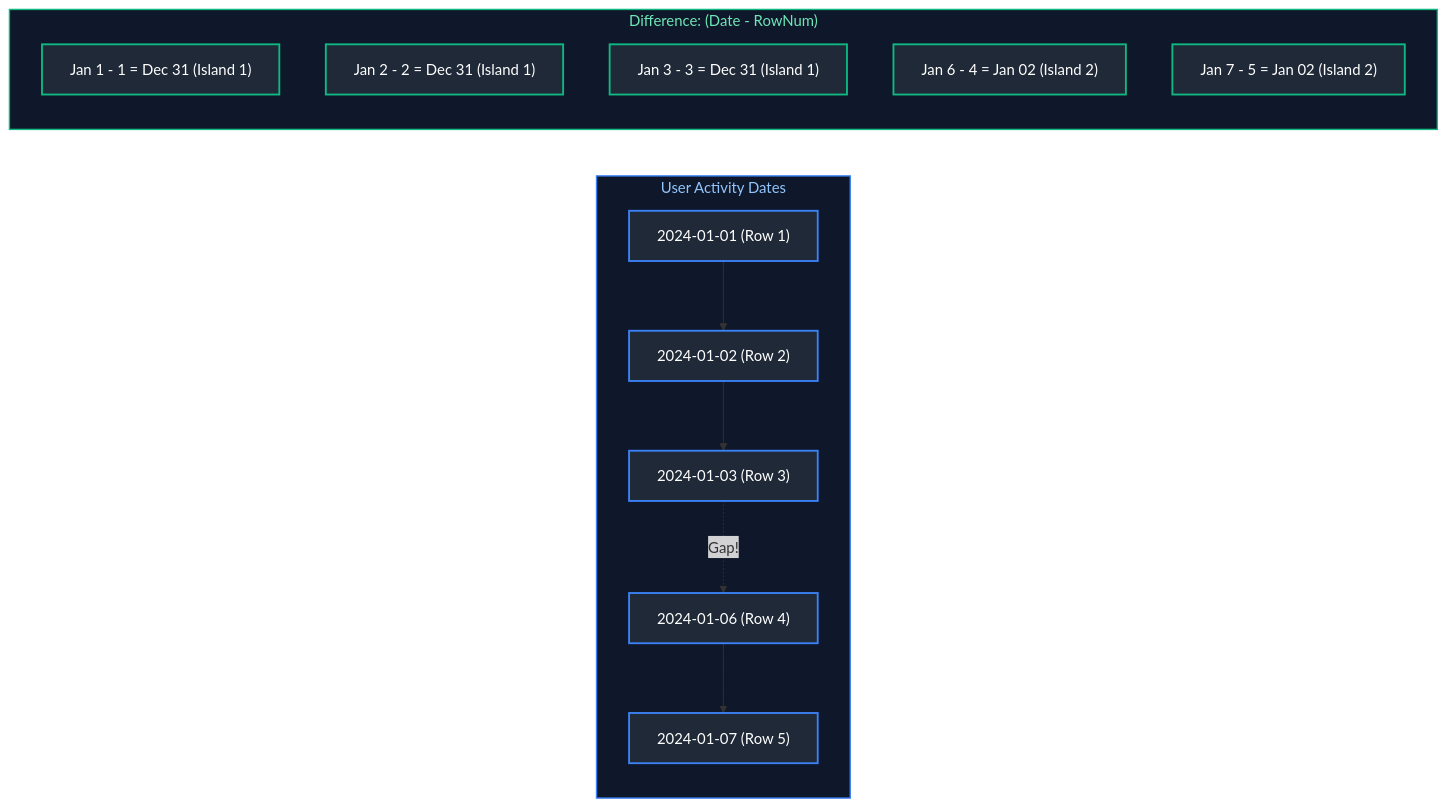
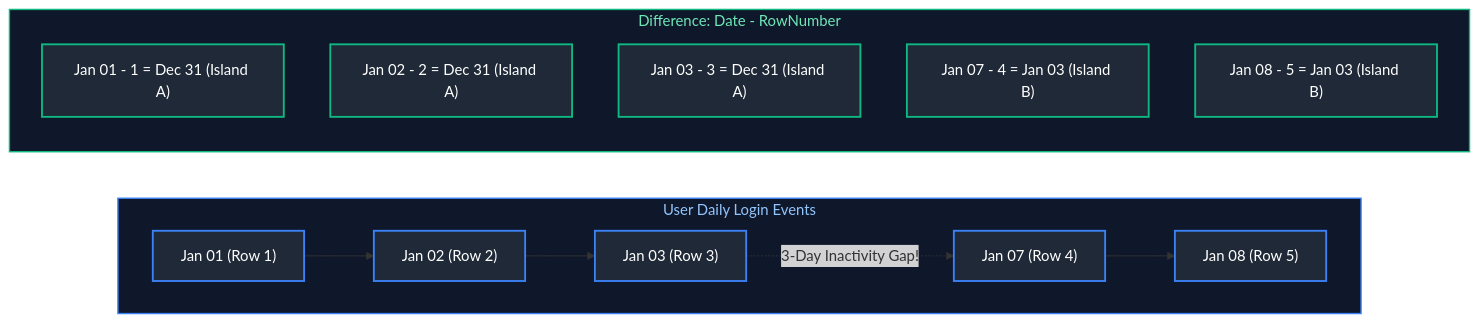
Diagram 11 of 12 in Data Engineering/02_advanced_sql.md (joydeep-biswas/Interview-Preparation), drawn with Mermaid before and after one commit. The commit also changed other lines of this file and 143 other files, not shown here.

````diff
--- a/Data Engineering/02_advanced_sql.md
+++ b/Data Engineering/02_advanced_sql.md
@@ -784,30 +928,30 @@
 ```mermaid
 flowchart LR
-    subgraph Data ["User Activity Dates"]
-        D1["2024-01-01 (Row 1)"] --> D2["2024-01-02 (Row 2)"]
-        D2 --> D3["2024-01-03 (Row 3)"]
-        D3 -.->|Gap!| D4["2024-01-06 (Row 4)"]
-        D4 --> D5["2024-01-07 (Row 5)"]
-    end
-    subgraph GroupingKey ["Difference: (Date - RowNum)"]
-        G1["Jan 1 - 1 = Dec 31 (Island 1)"]
-        G2["Jan 2 - 2 = Dec 31 (Island 1)"]
-        G3["Jan 3 - 3 = Dec 31 (Island 1)"]
-        G4["Jan 6 - 4 = Jan 02 (Island 2)"]
-        G5["Jan 7 - 5 = Jan 02 (Island 2)"]
+    subgraph RawDates ["User Daily Login Events"]
+        direction LR
+        D1["Jan 01 (Row 1)"] --> D2["Jan 02 (Row 2)"] --> D3["Jan 03 (Row 3)"]
+        D3 -.->|3-Day Inactivity Gap!| D4["Jan 07 (Row 4)"] --> D5["Jan 08 (Row 5)"]
     end
 
-    style Data fill:#0f172a,stroke:#3b82f6,stroke-width:1.5px,color:#93c5fd
-    style GroupingKey fill:#0f172a,stroke:#10b981,stroke-width:1.5px,color:#6ee7b7
+    subgraph DiffMath ["Difference: Date - RowNumber"]
+        direction TD
+        G1["Jan 01 - 1 = Dec 31 (Island A)"]
+        G2["Jan 02 - 2 = Dec 31 (Island A)"]
+        G3["Jan 03 - 3 = Dec 31 (Island A)"]
+        G4["Jan 07 - 4 = Jan 03 (Island B)"]
+        G5["Jan 08 - 5 = Jan 03 (Island B)"]
+    end
 
+    style RawDates fill:#0f172a,stroke:#3b82f6,stroke-width:1.5px,color:#93c5fd
+    style DiffMath fill:#0f172a,stroke:#10b981,stroke-width:1.5px,color:#6ee7b7
     style D1 fill:#1f2937,stroke:#3b82f6,stroke-width:2px,color:#fff
     style D2 fill:#1f2937,stroke:#3b82f6,stroke-width:2px,color:#fff
     style D3 fill:#1f2937,stroke:#3b82f6,stroke-width:2px,color:#fff
     style D4 fill:#1f2937,stroke:#3b82f6,stroke-width:2px,color:#fff
     style D5 fill:#1f2937,stroke:#3b82f6,stroke-width:2px,color:#fff
     style G1 fill:#1f2937,stroke:#10b981,stroke-width:2px,color:#fff
     style G2 fill:#1f2937,stroke:#10b981,stroke-width:2px,color:#fff
     style G3 fill:#1f2937,stroke:#10b981,stroke-width:2px,color:#fff
     style G4 fill:#1f2937,stroke:#10b981,stroke-width:2px,color:#fff
     style G5 fill:#1f2937,stroke:#10b981,stroke-width:2px,color:#fff
 ```
````
